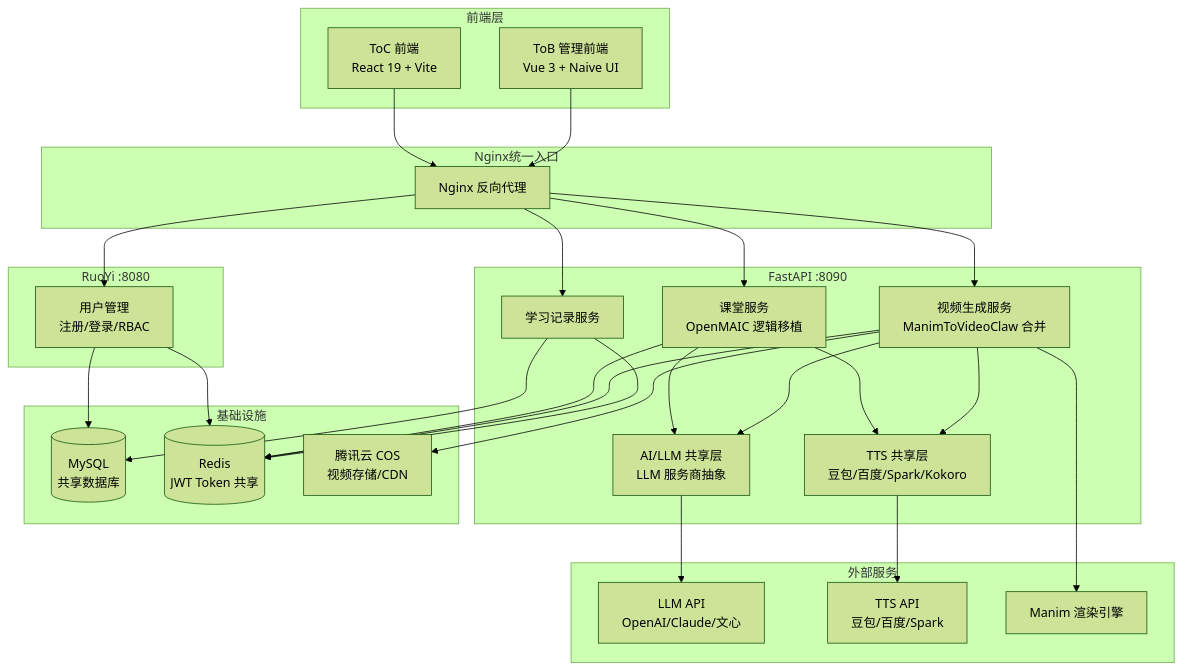
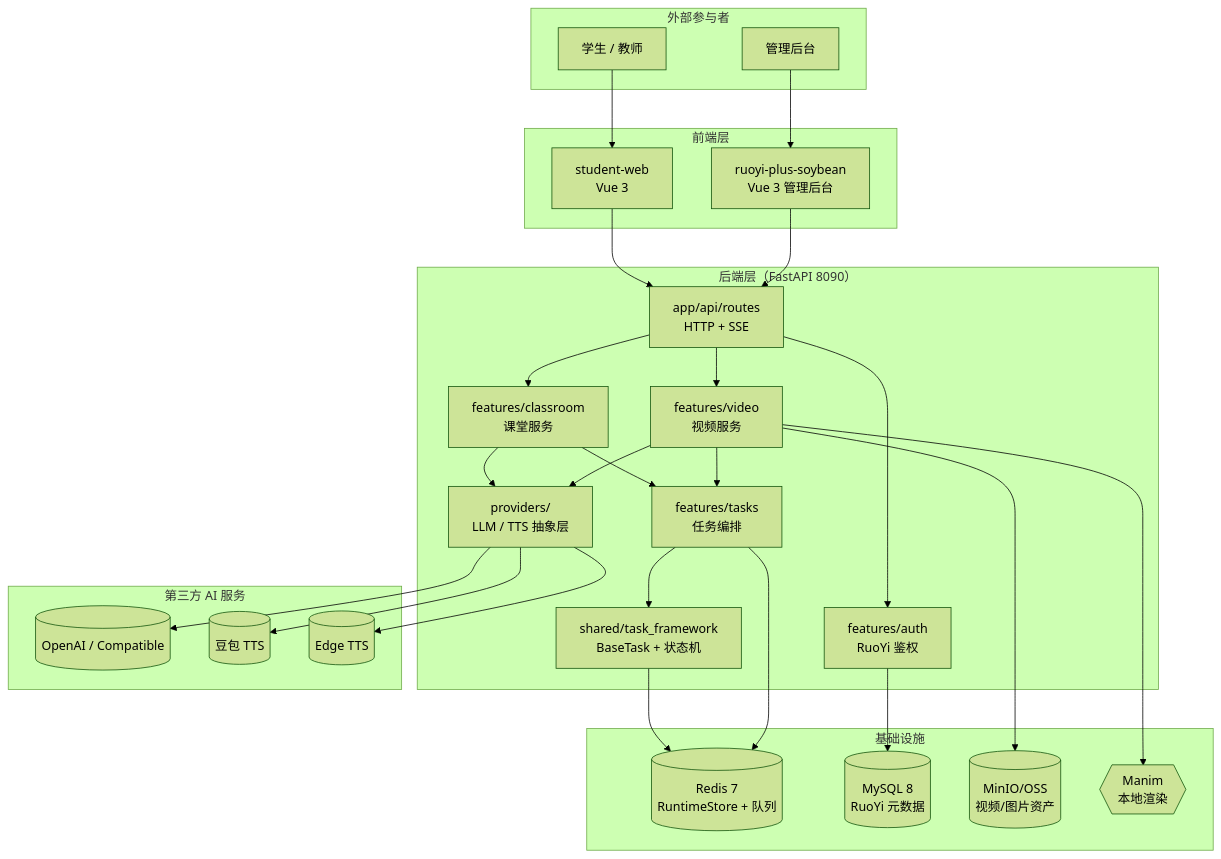
One commit to Prorise-cool/Prorise_ai_teach_workspace changed the first of 2 diagrams in docs/01开发人员手册/006-模块开发指南/0001-模块总览与依赖关系.md. Above: the diagram before and after it, drawn with Mermaid (forest theme). The commit also changed other lines of this file and 76 other files, not shown here.

````diff
--- a/docs/01开发人员手册/006-模块开发指南/0001-模块总览与依赖关系.md
+++ b/docs/01开发人员手册/006-模块开发指南/0001-模块总览与依赖关系.md
@@ -41,59 +46,60 @@
 ```mermaid
-graph TD
-    subgraph 前端层
-        A[ToC 前端<br/>React 19 + Vite]
-        B[ToB 管理前端<br/>Vue 3 + Naive UI]
-    end
+flowchart TB
+  subgraph 外部["外部参与者"]
+    User[学生 / 教师]
+    Admin[管理后台]
+  end
 
-    subgraph Nginx统一入口
-        N[Nginx 反向代理]
-    end
+  subgraph FE["前端层"]
+    StudentWeb[student-web<br/>Vue 3]
+    SoybeanAdmin[ruoyi-plus-soybean<br/>Vue 3 管理后台]
+  end
 
-    subgraph FastAPI功能微服务层 [FastAPI :8090]
-        C[课堂服务<br/>OpenMAIC 逻辑移植]
-        D[视频生成服务<br/>ManimToVideoClaw 合并]
-        E[学习记录服务]
-        F[AI/LLM 共享层<br/>LLM 服务商抽象]
-        G[TTS 共享层<br/>豆包/百度/Spark/Kokoro]
-    end
+  subgraph BE["后端层（FastAPI 8090）"]
+    API[app/api/routes<br/>HTTP + SSE]
+    Classroom[features/classroom<br/>课堂服务]
+    Video[features/video<br/>视频服务]
+    Tasks[features/tasks<br/>任务编排]
+    Auth[features/auth<br/>RuoYi 鉴权]
+    Providers[providers/<br/>LLM / TTS 抽象层]
+    Shared[shared/task_framework<br/>BaseTask + 状态机]
+  end
 
-    subgraph RuoYi管理服务层 [RuoYi :8080]
-        H[用户管理<br/>注册/登录/RBAC]
-    end
+  subgraph 基础设施["基础设施"]
+    Redis[(Redis 7<br/>RuntimeStore + 队列)]
+    MySQL[(MySQL 8<br/>RuoYi 元数据)]
+    OSS[(MinIO/OSS<br/>视频/图片资产)]
+    DockerSandbox{{Manim<br/>本地渲染}}
+  end
 
-    subgraph 基础设施
-        I[(MySQL<br/>共享数据库)]
-        J[(Redis<br/>JWT Token 共享)]
-        K[腾讯云 COS<br/>视频存储/CDN]
-    end
+  subgraph 外部AI["第三方 AI 服务"]
+    OpenAI[(OpenAI / Compatible)]
+    Doubao[(豆包 TTS)]
+    EdgeTTS[(Edge TTS)]
+  end
 
-    subgraph 外部服务
-        L[LLM API<br/>OpenAI/Claude/文心]
-        M[TTS API<br/>豆包/百度/Spark]
-        O[Manim 渲染引擎]
-    end
+  User --> StudentWeb
+  Admin --> SoybeanAdmin
+  StudentWeb --> API
+  SoybeanAdmin --> API
 
-    A --> N
-    B --> N
-    N --> C
-    N --> D
-    N --> E
-    N --> H
+  API --> Classroom
+  API --> Video
+  API --> Auth
 
-    C --> F
-    C --> G
-    D --> F
-    D --> G
-    D --> O
-    D --> K
-    E --> I
+  Classroom --> Tasks
+  Video --> Tasks
+  Tasks --> Shared
+  Classroom --> Providers
+  Video --> Providers
 
-    F --> L
-    G --> M
+  Shared --> Redis
+  Tasks --> Redis
+  Auth --> MySQL
+  Video --> OSS
+  Video --> DockerSandbox
 
-    C --> J
-    D --> J
-    E --> J
-    H --> I
-    H --> J
+  Providers --> OpenAI
+  Providers --> Doubao
+  Providers --> EdgeTTS
 ```
````
